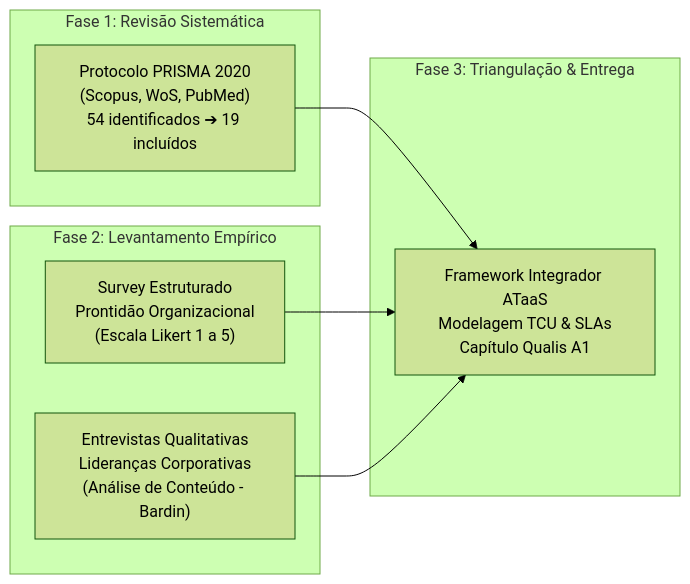
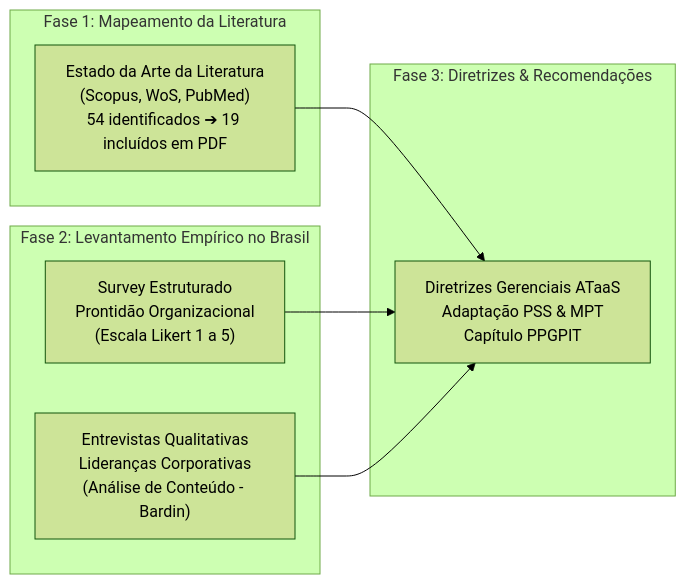
One commit to josuejofre/artigo-tecnologias-assistivas-geti changed the diagram in proposta_capitulo_livro_tecnologias_assistivas_v5.md. Above: the diagram before and after it, drawn with Mermaid (forest theme). The commit also changed other lines of this file and 8 other files, not shown here.

Commit message:
fix(capitulo): alinhamento de equipe - Manuela Lima, docentes, foco Brasil, mapeamento bibliográfico e diretrizes PSS/MPT

````diff
--- a/proposta_capitulo_livro_tecnologias_assistivas_v5.md
+++ b/proposta_capitulo_livro_tecnologias_assistivas_v5.md
@@ -132,16 +131,16 @@
 ```mermaid
 flowchart LR
-    subgraph ETAPA1["Fase 1: Revisão Sistemática"]
-        P1["Protocolo PRISMA 2020<br/>(Scopus, WoS, PubMed)<br/>54 identificados ➔ 19 incluídos"]
+    subgraph ETAPA1["Fase 1: Mapeamento da Literatura"]
+        P1["Estado da Arte da Literatura<br/>(Scopus, WoS, PubMed)<br/>54 identificados ➔ 19 incluídos em PDF"]
     end
-    subgraph ETAPA2["Fase 2: Levantamento Empírico"]
+    subgraph ETAPA2["Fase 2: Levantamento Empírico no Brasil"]
         P2["Survey Estruturado<br/>Prontidão Organizacional<br/>(Escala Likert 1 a 5)"]
         P3["Entrevistas Qualitativas<br/>Lideranças Corporativas<br/>(Análise de Conteúdo - Bardin)"]
     end
-    subgraph SINTESE["Fase 3: Triangulação & Entrega"]
-        OUT["Framework Integrador ATaaS<br/>Modelagem TCU & SLAs<br/>Capítulo Qualis A1"]
+    subgraph SINTESE["Fase 3: Diretrizes & Recomendações"]
+        OUT["Diretrizes Gerenciais ATaaS<br/>Adaptação PSS & MPT<br/>Capítulo PPGPIT"]
     end
     P1 --> OUT
     P2 --> OUT
     P3 --> OUT
 ```
````
